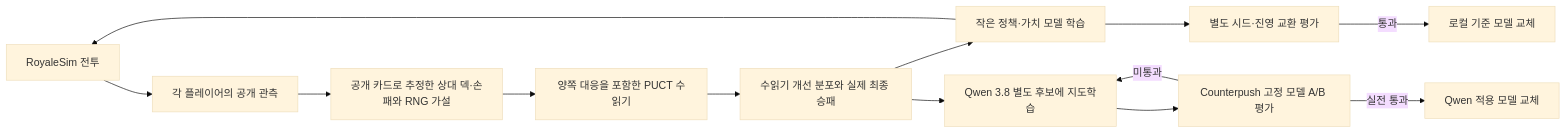
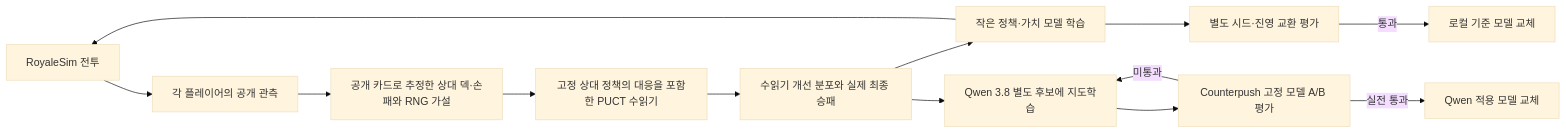
One commit to jingeon27/side-project changed the diagram in projects/clash-bot/docs/arena-learning.md. Above: the diagram before and after it, drawn with Mermaid (base theme). The commit also changed other lines of this file and 7 other files, not shown here.

````diff
--- a/projects/clash-bot/docs/arena-learning.md
+++ b/projects/clash-bot/docs/arena-learning.md
@@ -7,15 +7,15 @@
 ```mermaid
 flowchart LR
   E[RoyaleSim 전투] --> P[각 플레이어의 공개 관측]
   P --> M[공개 카드로 추정한 상대 덱·손패와 RNG 가설]
-  M --> S[양쪽 대응을 포함한 PUCT 수읽기]
+  M --> S[고정 상대 정책의 대응을 포함한 PUCT 수읽기]
   S --> R[수읽기 개선 분포와 실제 최종 승패]
   R --> L[작은 정책·가치 모델 학습]
   L --> E
   L --> V[별도 시드·진영 교환 평가]
   V -->|통과| C[로컬 기준 모델 교체]
   R --> Q[Qwen 3.8 별도 후보에 지도학습]
   Q --> A[Counterpush 고정 모델 A/B 평가]
   A -->|실전 통과| D[Qwen 적용 모델 교체]
   A -->|미통과| Q
 ```
````
